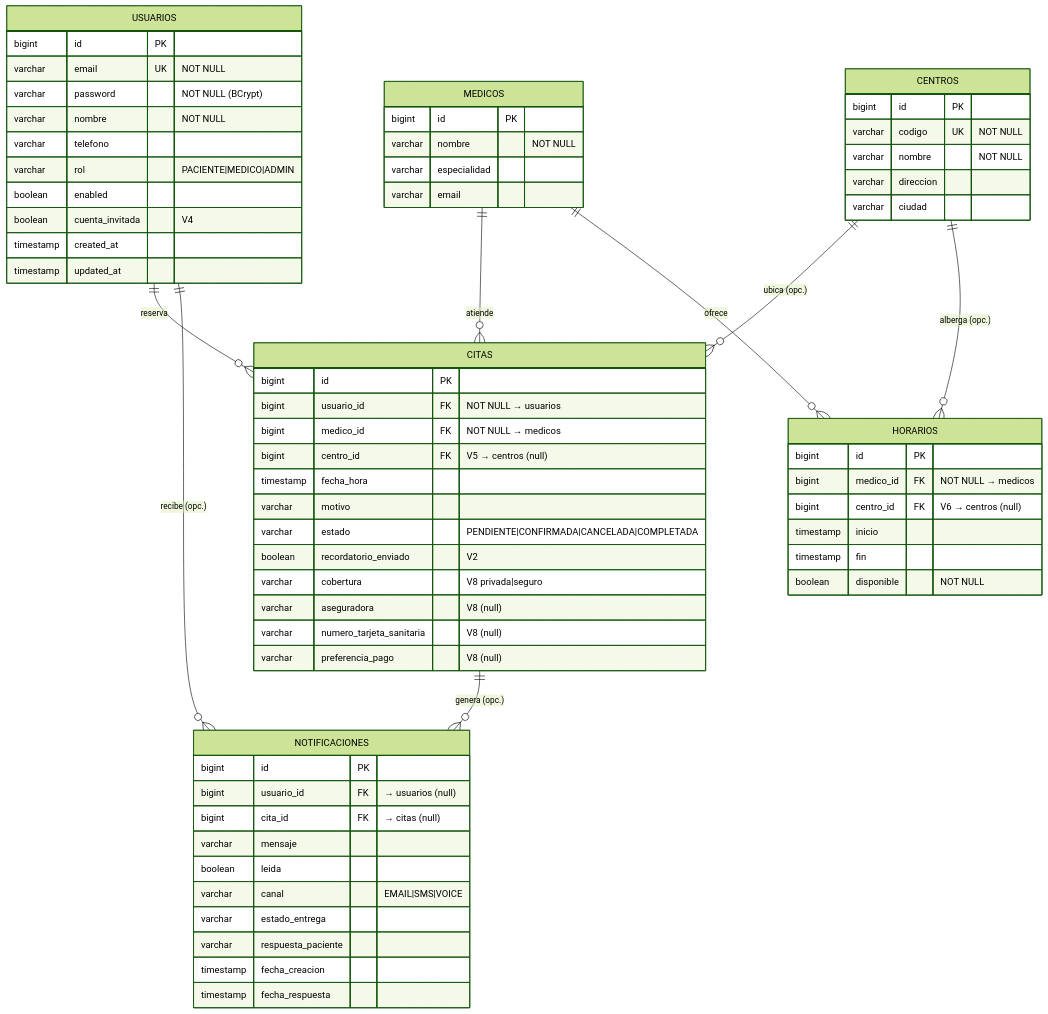
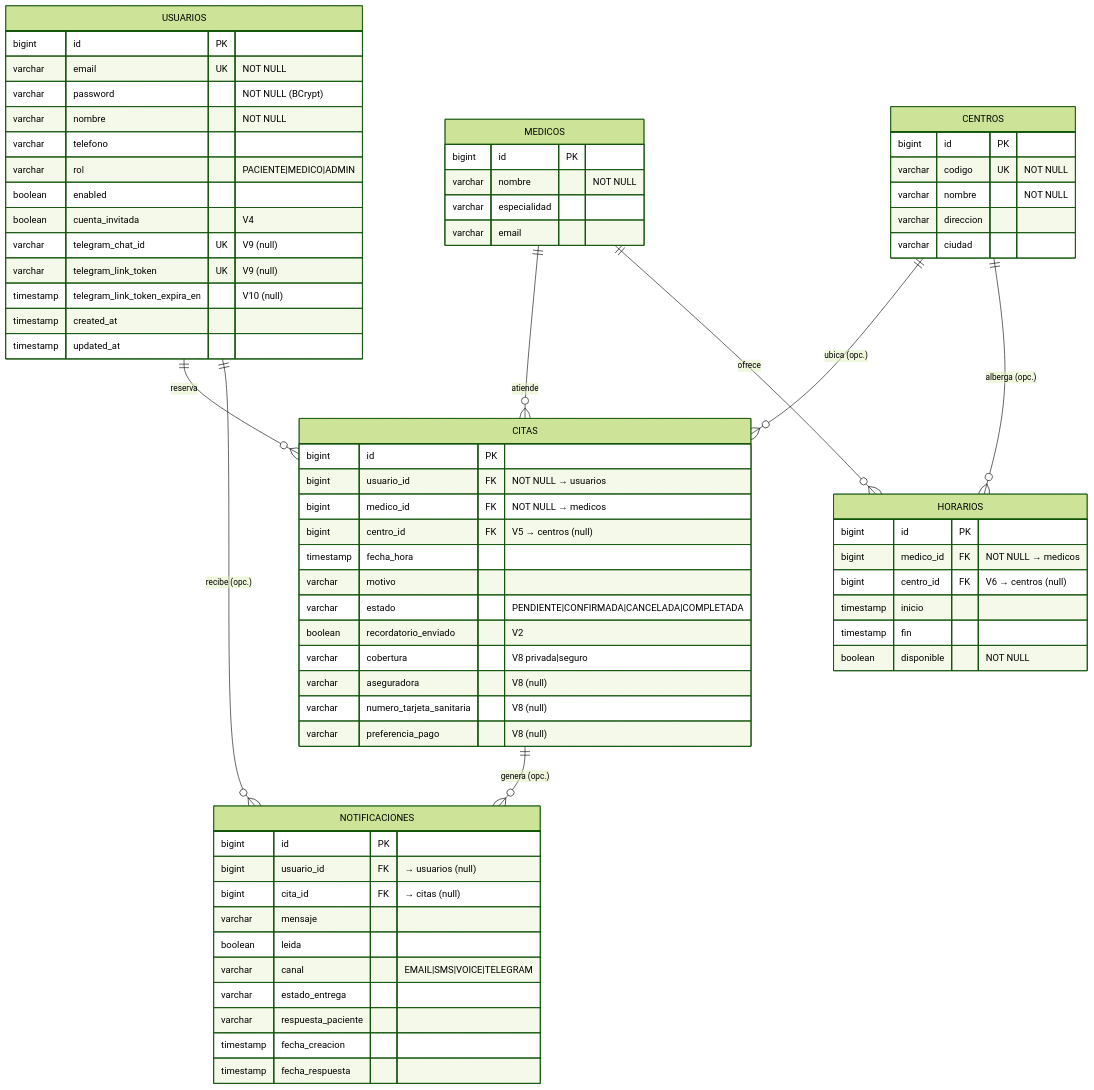
One commit to maragramonte/dr-agramonte changed the diagram in docs/BASE-DE-DATOS.md. Above: the diagram before and after it, drawn with Mermaid (forest theme). The commit also changed other lines of this file and 8 other files, not shown here.

First line of the commit message:
docs: alinear memoria y documentos de defensa con el canal de Telegram

````diff
--- a/docs/BASE-DE-DATOS.md
+++ b/docs/BASE-DE-DATOS.md
@@ -12,70 +12,73 @@
 ```mermaid
 erDiagram
     USUARIOS ||--o{ CITAS : "reserva"
     MEDICOS  ||--o{ CITAS : "atiende"
     MEDICOS  ||--o{ HORARIOS : "ofrece"
     CENTROS  ||--o{ CITAS : "ubica (opc.)"
     CENTROS  ||--o{ HORARIOS : "alberga (opc.)"
     USUARIOS ||--o{ NOTIFICACIONES : "recibe (opc.)"
     CITAS    ||--o{ NOTIFICACIONES : "genera (opc.)"
 
     USUARIOS {
         bigint   id PK
         varchar  email UK "NOT NULL"
         varchar  password "NOT NULL (BCrypt)"
         varchar  nombre "NOT NULL"
         varchar  telefono
         varchar  rol "PACIENTE|MEDICO|ADMIN"
         boolean  enabled
         boolean  cuenta_invitada "V4"
+        varchar  telegram_chat_id UK "V9 (null)"
+        varchar  telegram_link_token UK "V9 (null)"
+        timestamp telegram_link_token_expira_en "V10 (null)"
         timestamp created_at
         timestamp updated_at
     }
     MEDICOS {
         bigint   id PK
         varchar  nombre "NOT NULL"
         varchar  especialidad
         varchar  email
     }
     CENTROS {
         bigint   id PK
         varchar  codigo UK "NOT NULL"
         varchar  nombre "NOT NULL"
         varchar  direccion
         varchar  ciudad
     }
     HORARIOS {
         bigint   id PK
         bigint   medico_id FK "NOT NULL → medicos"
         bigint   centro_id FK "V6 → centros (null)"
         timestamp inicio
         timestamp fin
         boolean  disponible "NOT NULL"
     }
     CITAS {
         bigint   id PK
         bigint   usuario_id FK "NOT NULL → usuarios"
         bigint   medico_id FK "NOT NULL → medicos"
         bigint   centro_id FK "V5 → centros (null)"
         timestamp fecha_hora
         varchar  motivo
         varchar  estado "PENDIENTE|CONFIRMADA|CANCELADA|COMPLETADA"
         boolean  recordatorio_enviado "V2"
         varchar  cobertura "V8 privada|seguro"
         varchar  aseguradora "V8 (null)"
         varchar  numero_tarjeta_sanitaria "V8 (null)"
         varchar  preferencia_pago "V8 (null)"
     }
     NOTIFICACIONES {
         bigint   id PK
         bigint   usuario_id FK "→ usuarios (null)"
         bigint   cita_id FK "→ citas (null)"
         varchar  mensaje
         boolean  leida
-        varchar  canal "EMAIL|SMS|VOICE"
+        varchar  canal "EMAIL|SMS|VOICE|TELEGRAM"
         varchar  estado_entrega
         varchar  respuesta_paciente
         timestamp fecha_creacion
         timestamp fecha_respuesta
     }
 ```
````
